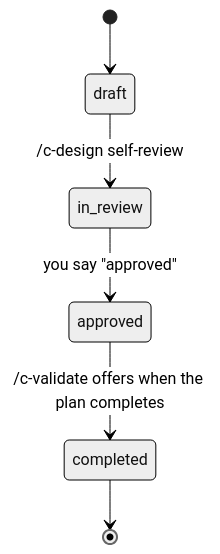
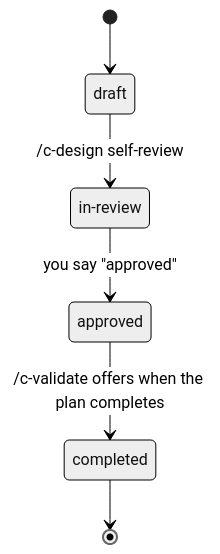
One commit to sentasity/cadence changed the first of 2 diagrams in website/src/content/docs/concepts/status-lifecycle.mdx. Above: the diagram before and after it, drawn with Mermaid (neutral theme). The commit also changed other lines of this file and 10 other files, not shown here.

First line of the commit message:
Render mermaid diagrams on the docs site, themed in Paper & Cobalt (#8)

````diff
--- a/website/src/content/docs/concepts/status-lifecycle.mdx
+++ b/website/src/content/docs/concepts/status-lifecycle.mdx
@@ -16,8 +16,9 @@
 ```mermaid
 stateDiagram-v2
+    state "in-review" as in_review
     [*] --> draft
     draft --> in_review: /c-design self-review
     in_review --> approved: you say "approved"
     approved --> completed: /c-validate offers when the plan completes
     completed --> [*]
 ```
````
